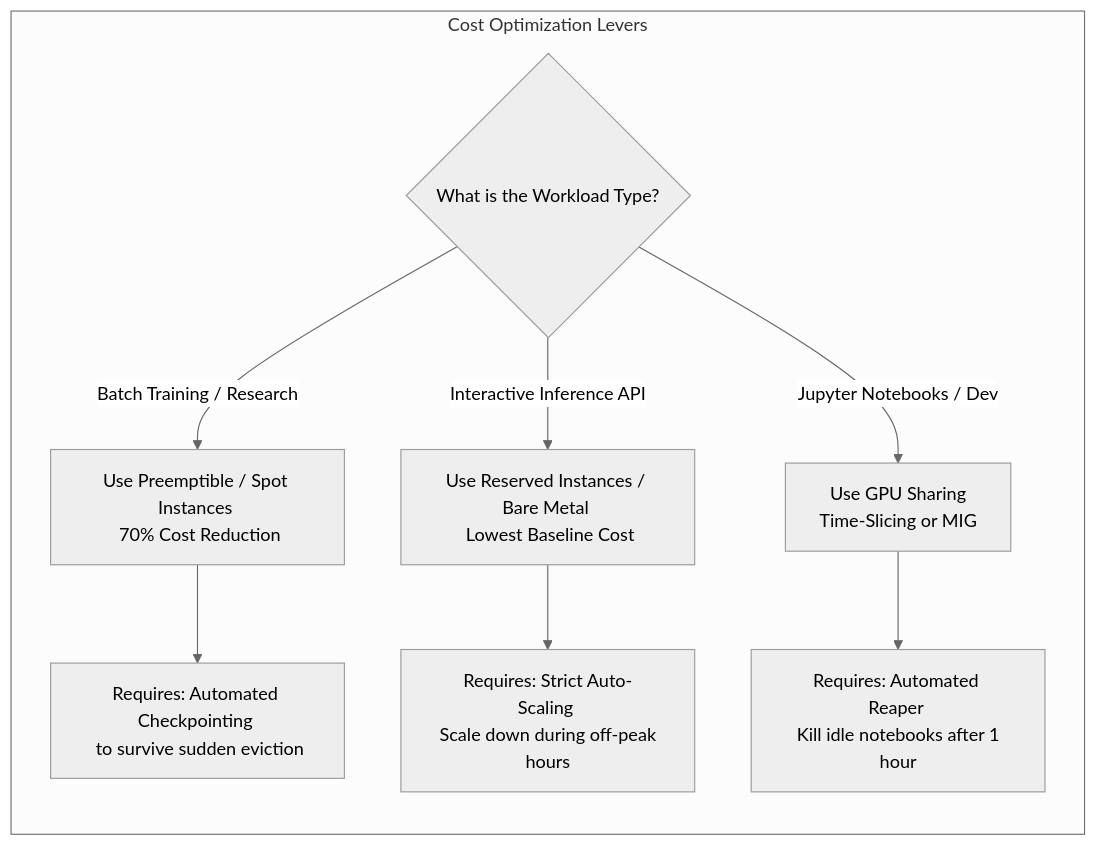
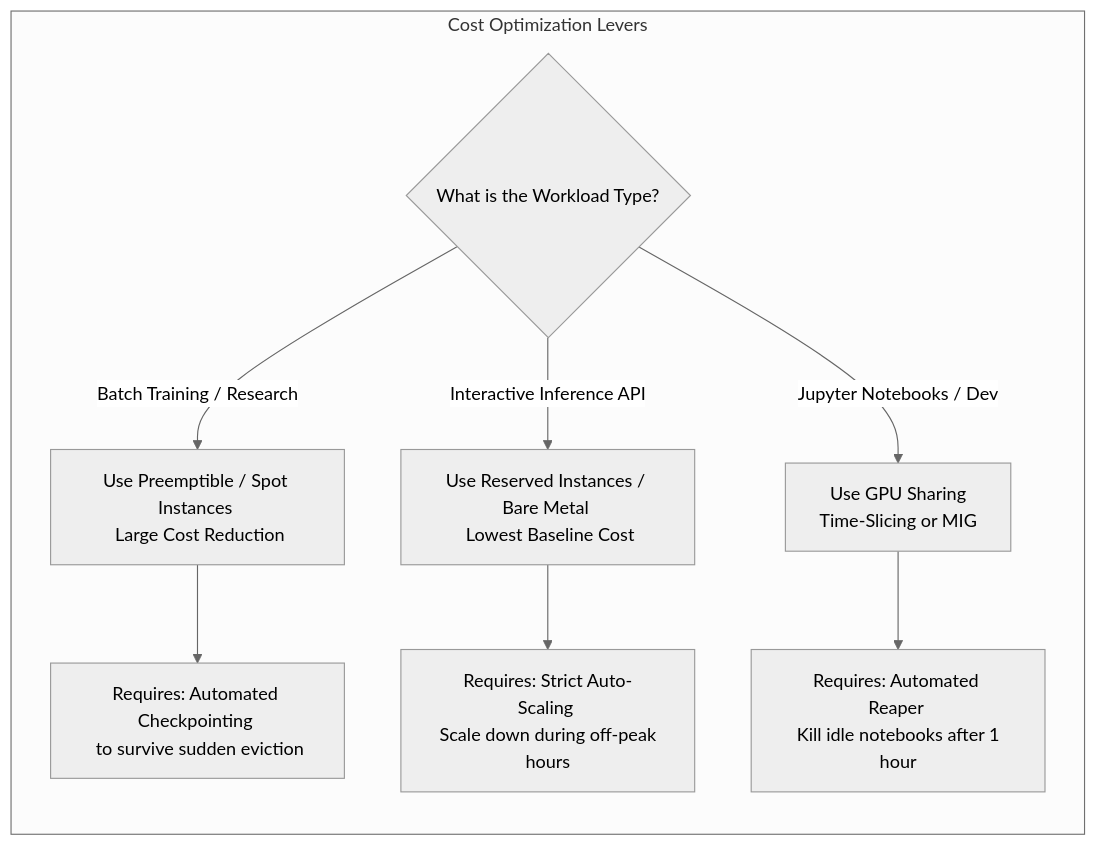
One commit to jithinpnjm/nvidia-devops changed the diagram in docs/nvidia-zero-to-hero/volume-21/chapter-12-cost-optimization-and-resource-efficiency.md. Above: the diagram before and after it, drawn with Mermaid (neutral theme). The commit also changed other lines of this file and 289 other files, not shown here.

````diff
--- a/docs/nvidia-zero-to-hero/volume-21/chapter-12-cost-optimization-and-resource-efficiency.md
+++ b/docs/nvidia-zero-to-hero/volume-21/chapter-12-cost-optimization-and-resource-efficiency.md
@@ -242,17 +228,17 @@
 ```mermaid
 flowchart TD
     subgraph FinOps_Resource_Optimization["Cost Optimization Levers"]
         direction TB
         
         Q1{"What is the Workload Type?"}
         
-        Q1 -->|Batch Training / Research| Spot[Use Preemptible / Spot Instances <br/> 70% Cost Reduction]
+        Q1 -->|Batch Training / Research| Spot[Use Preemptible / Spot Instances <br/> Large Cost Reduction]
         Spot --> Check[Requires: Automated Checkpointing <br/> to survive sudden eviction]
         
         Q1 -->|Interactive Inference API| Reserve[Use Reserved Instances / Bare Metal <br/> Lowest Baseline Cost]
         Reserve --> Scale[Requires: Strict Auto-Scaling <br/> Scale down during off-peak hours]
         
         Q1 -->|Jupyter Notebooks / Dev| Share[Use GPU Sharing <br/> Time-Slicing or MIG]
         Share --> Reaper[Requires: Automated Reaper <br/> Kill idle notebooks after 1 hour]
     end
 ```
````
